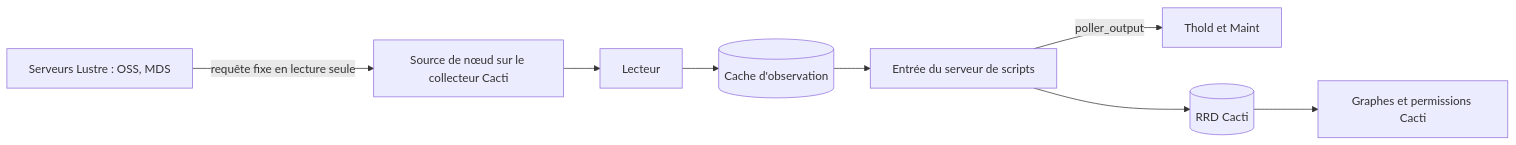
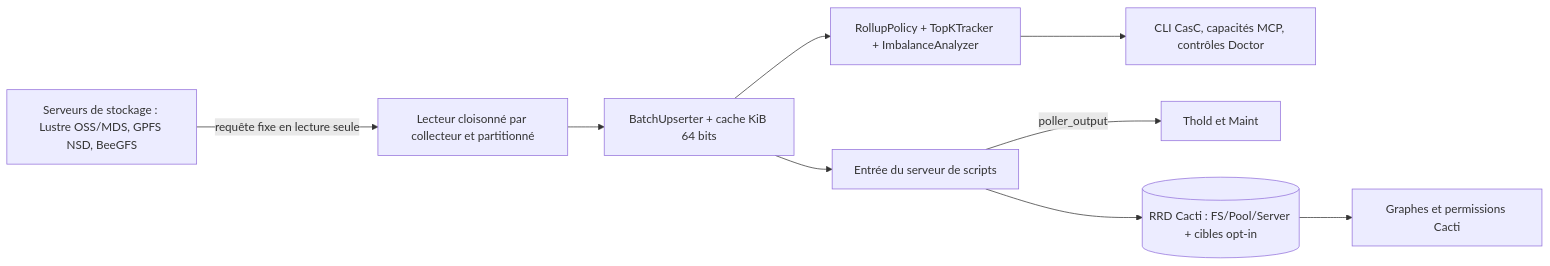
Before and after one commit to somethingwithproof/plugin_pfs: the diagram in docs/i18n/fr-MA/README.md, drawn with Mermaid. The commit also changed other lines of this file and 47 other files, not shown here.

````diff
--- a/docs/i18n/fr-MA/README.md
+++ b/docs/i18n/fr-MA/README.md
@@ -66,10 +74,11 @@
 ```mermaid
 flowchart LR
-    N[Serveurs Lustre : OSS, MDS] -->|requête fixe en lecture seule| S[Source de nœud sur le collecteur Cacti]
-    S --> R[Lecteur]
-    R --> C[(Cache d'observation)]
-    C --> SS[Entrée du serveur de scripts]
+    N[Serveurs de stockage : Lustre OSS/MDS, GPFS NSD, BeeGFS] -->|requête fixe en lecture seule| S[Lecteur cloisonné par collecteur et partitionné]
+    S --> B[BatchUpserter + cache KiB 64 bits]
+    B --> R[RollupPolicy + TopKTracker + ImbalanceAnalyzer]
+    B --> SS[Entrée du serveur de scripts]
+    R --> ECO[CLI CasC, capacités MCP, contrôles Doctor]
     SS -->|poller_output| T[Thold et Maint]
-    SS --> RRD[(RRD Cacti)]
+    SS --> RRD[(RRD Cacti : FS/Pool/Server + cibles opt-in)]
     RRD --> G[Graphes et permissions Cacti]
 ```
````
